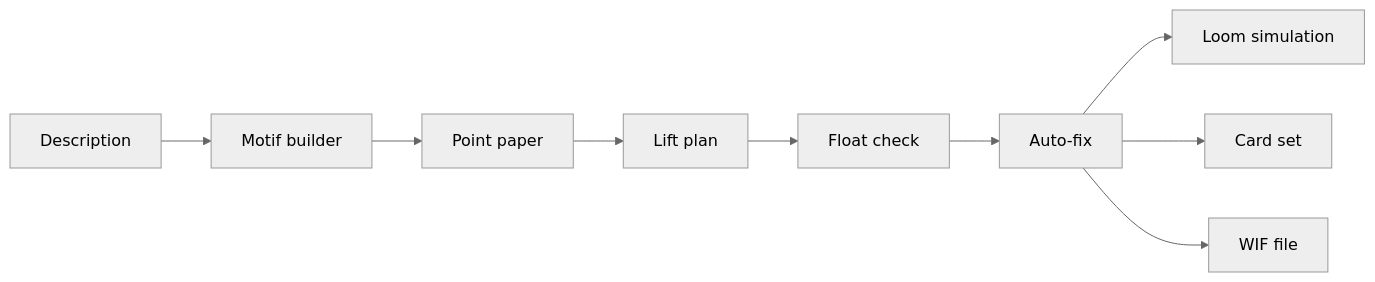
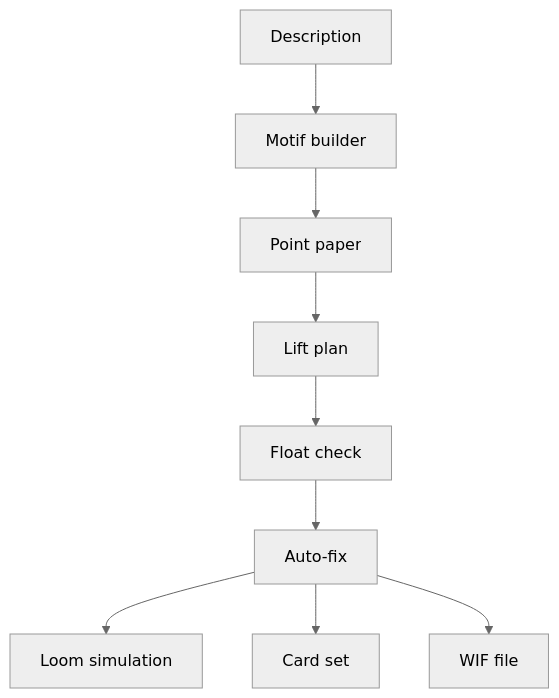
The second of 2 diagrams in README.md (TusharTechs/jacquard), drawn with Mermaid (neutral theme) before and after one commit. The commit also changed other lines of this file and 8 other files, not shown here.

First line of the commit message:
README: architecture and data-flow diagrams as light and dark images; links table header

````diff
--- a/README.md
+++ b/README.md
@@ -145,7 +161,7 @@
 ```mermaid
-flowchart LR
+flowchart TB
   D["Description"] --> MB["Motif builder"] --> PP["Point paper"] --> LP["Lift plan"] --> FC["Float check"] --> AF["Auto-fix"]
   AF --> SIM["Loom simulation"]
   AF --> CS["Card set"]
   AF --> WIF["WIF file"]
 ```
````
